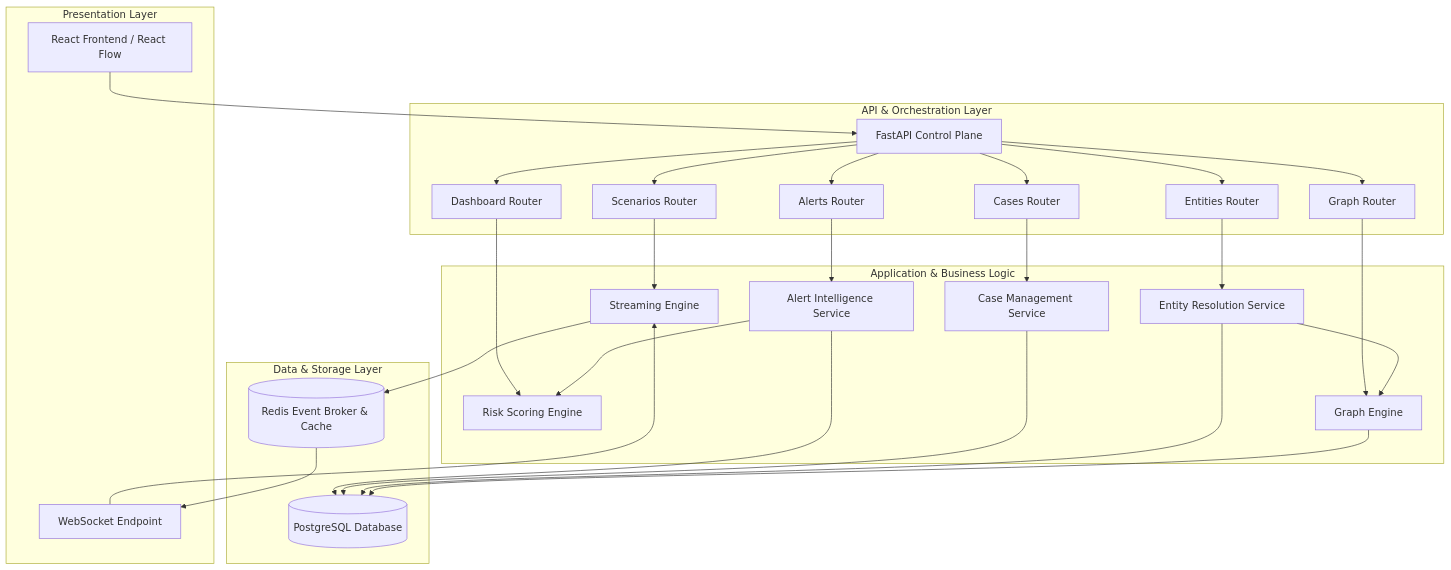
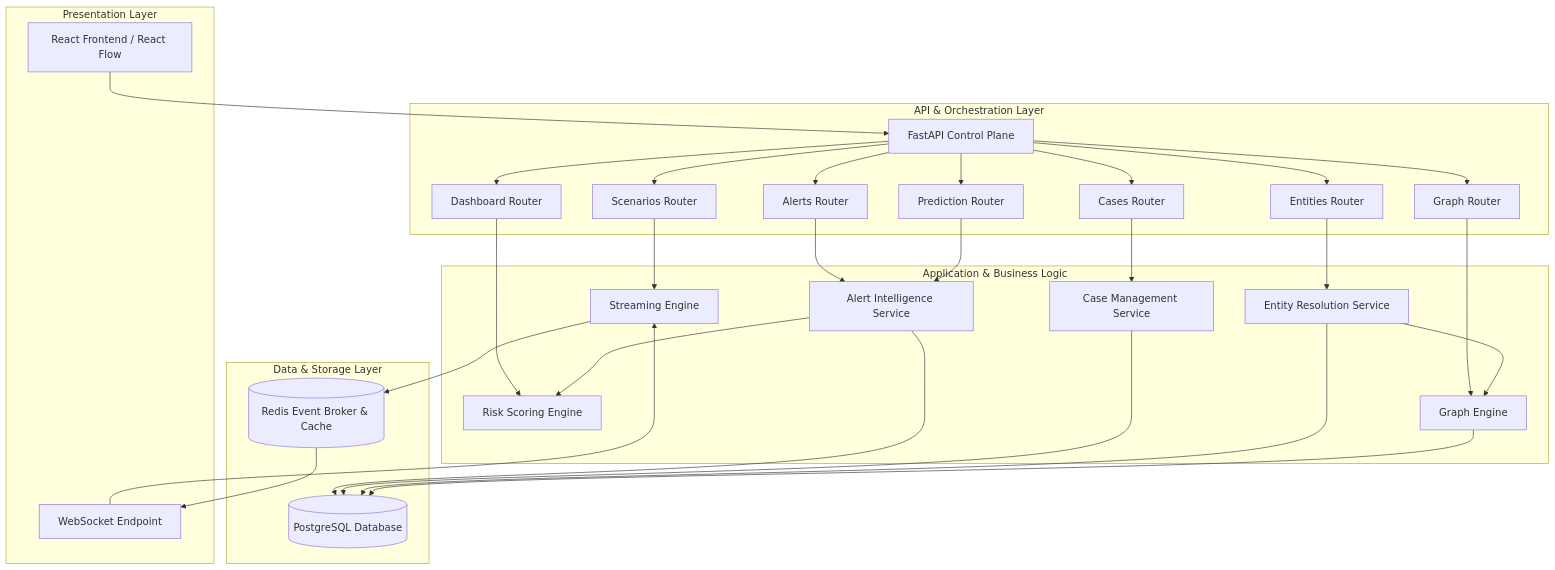
One commit to yusufcalisir/Collaborative-Fraud-Intelligence-Simulator changed the diagram in docs/architecture-phase2.md. Above: the diagram before and after it, drawn with Mermaid. The commit also changed 1 other file, not shown here.

Commit message:
docs: document real-time predict API in README and component architecture layout

````diff
--- a/docs/architecture-phase2.md
+++ b/docs/architecture-phase2.md
@@ -9,49 +9,51 @@
 ```mermaid
 graph TD
     subgraph Presentation Layer
         UI[React Frontend / React Flow]
         WS[WebSocket Endpoint]
     end
 
     subgraph API & Orchestration Layer
         FastAPI[FastAPI Control Plane]
         AlertsR[Alerts Router]
         CasesR[Cases Router]
         EntitiesR[Entities Router]
         GraphR[Graph Router]
         ScenariosR[Scenarios Router]
         DashboardR[Dashboard Router]
+        PredictR[Prediction Router]
     end
 
     subgraph Application & Business Logic
         RiskEng[Risk Scoring Engine]
         AlertSvc[Alert Intelligence Service]
         CaseSvc[Case Management Service]
         EntitySvc[Entity Resolution Service]
         GraphEng[Graph Engine]
         StreamEng[Streaming Engine]
     end
 
     subgraph Data & Storage Layer
         DB[(PostgreSQL Database)]
         Cache[(Redis Event Broker & Cache)]
     end
 
     UI --> FastAPI
-    FastAPI --> AlertsR & CasesR & EntitiesR & GraphR & ScenariosR & DashboardR
+    FastAPI --> AlertsR & CasesR & EntitiesR & GraphR & ScenariosR & DashboardR & PredictR
     WS --> StreamEng
     
     AlertsR --> AlertSvc
+    PredictR --> AlertSvc
     CasesR --> CaseSvc
     EntitiesR --> EntitySvc
     GraphR --> GraphEng
     ScenariosR --> StreamEng
     DashboardR --> RiskEng
 
     AlertSvc --> RiskEng
     EntitySvc --> GraphEng
     StreamEng --> Cache
     Cache --> WS
     
     AlertSvc & CaseSvc & EntitySvc & GraphEng --> DB
 ```
````
